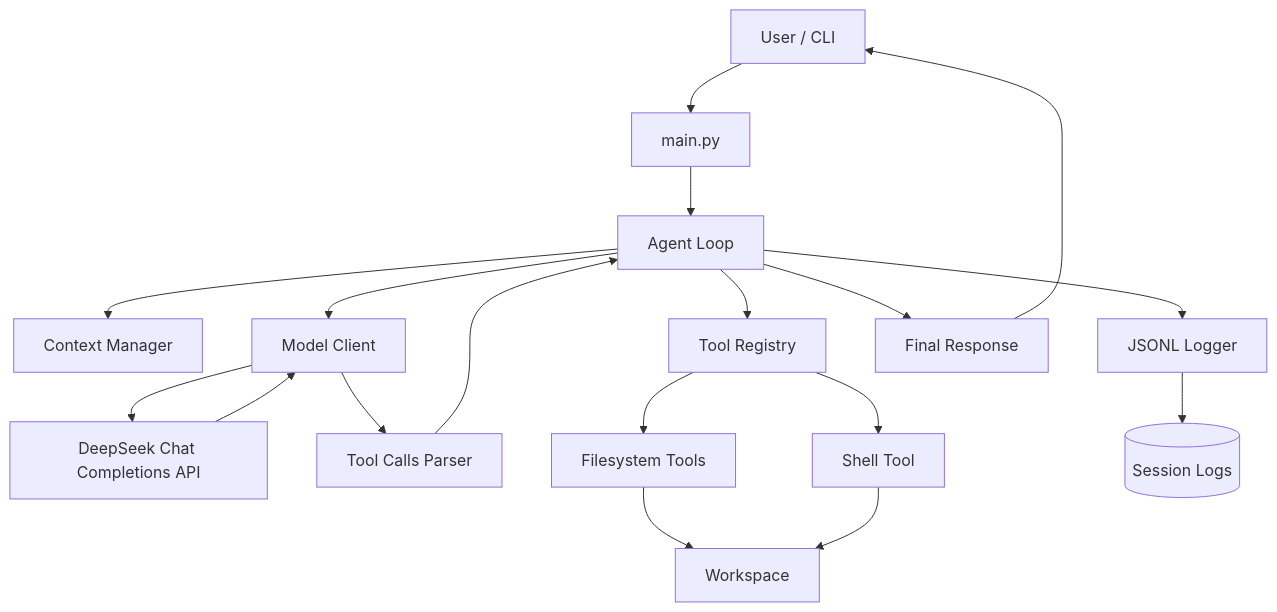
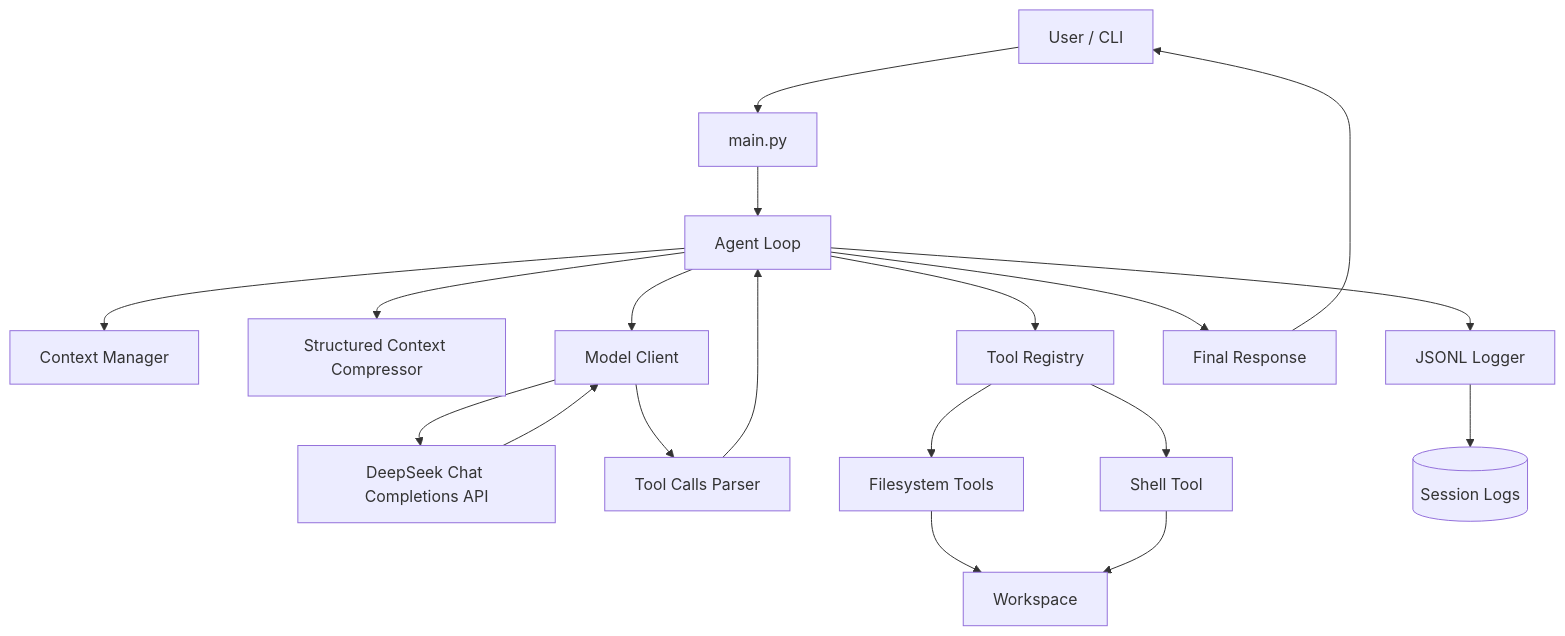
The first of 3 diagrams in 开发文档/05_Harness架构图.md (Konoha-Kai/nju_coding_agent), drawn with Mermaid before and after one commit. The commit also changed other lines of this file and 13 other files, not shown here.

Commit message:
add structured context compression

````diff
--- a/开发文档/05_Harness架构图.md
+++ b/开发文档/05_Harness架构图.md
@@ -5,25 +5,26 @@
 ```mermaid
 flowchart TB
     User[User / CLI] --> Main[main.py]
     Main --> Agent[Agent Loop]
     Agent --> Context[Context Manager]
+    Agent --> Compressor[Structured Context Compressor]
     Agent --> Registry[Tool Registry]
     Agent --> ModelClient[Model Client]
     Agent --> Logger[JSONL Logger]
 
     ModelClient --> DeepSeek[DeepSeek Chat Completions API]
     DeepSeek --> ModelClient
 
     ModelClient --> Parser[Tool Calls Parser]
     Parser --> Agent
 
     Registry --> FS[Filesystem Tools]
     Registry --> Shell[Shell Tool]
 
     FS --> Workspace
     Shell --> Workspace
     Logger --> Logs[(Session Logs)]
 
     Agent --> Result[Final Response]
     Result --> User
 ```
````
